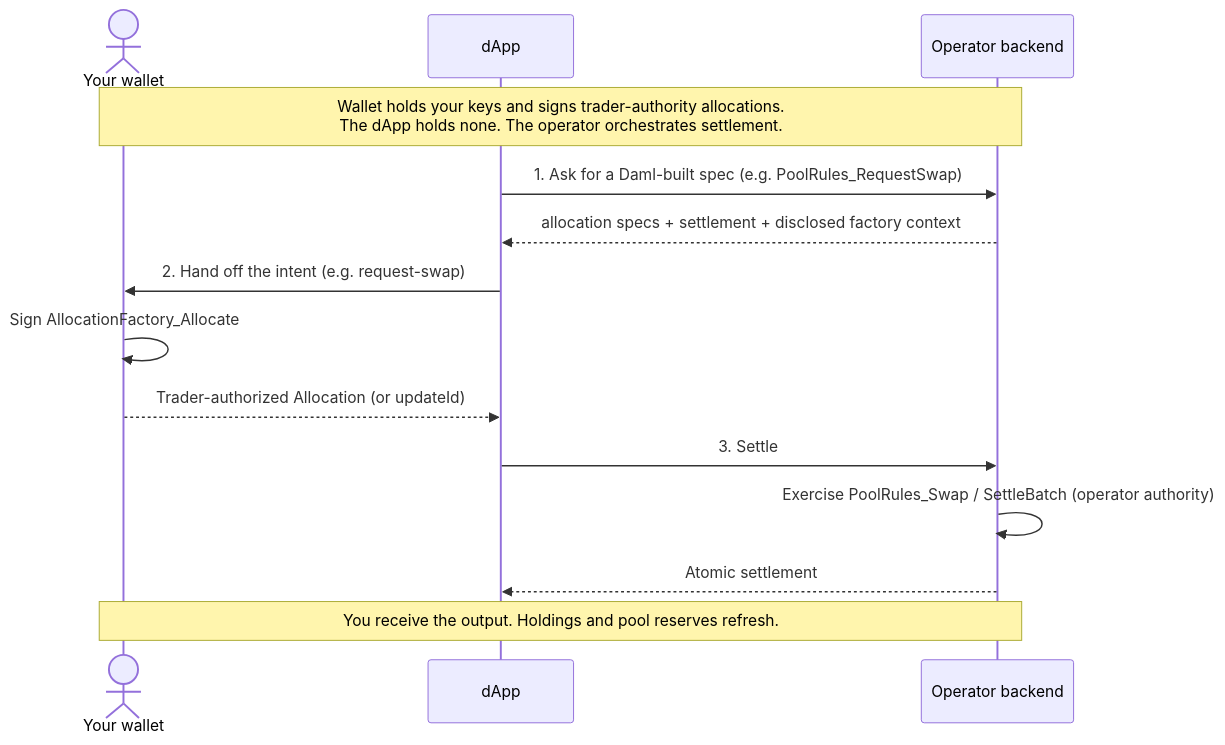
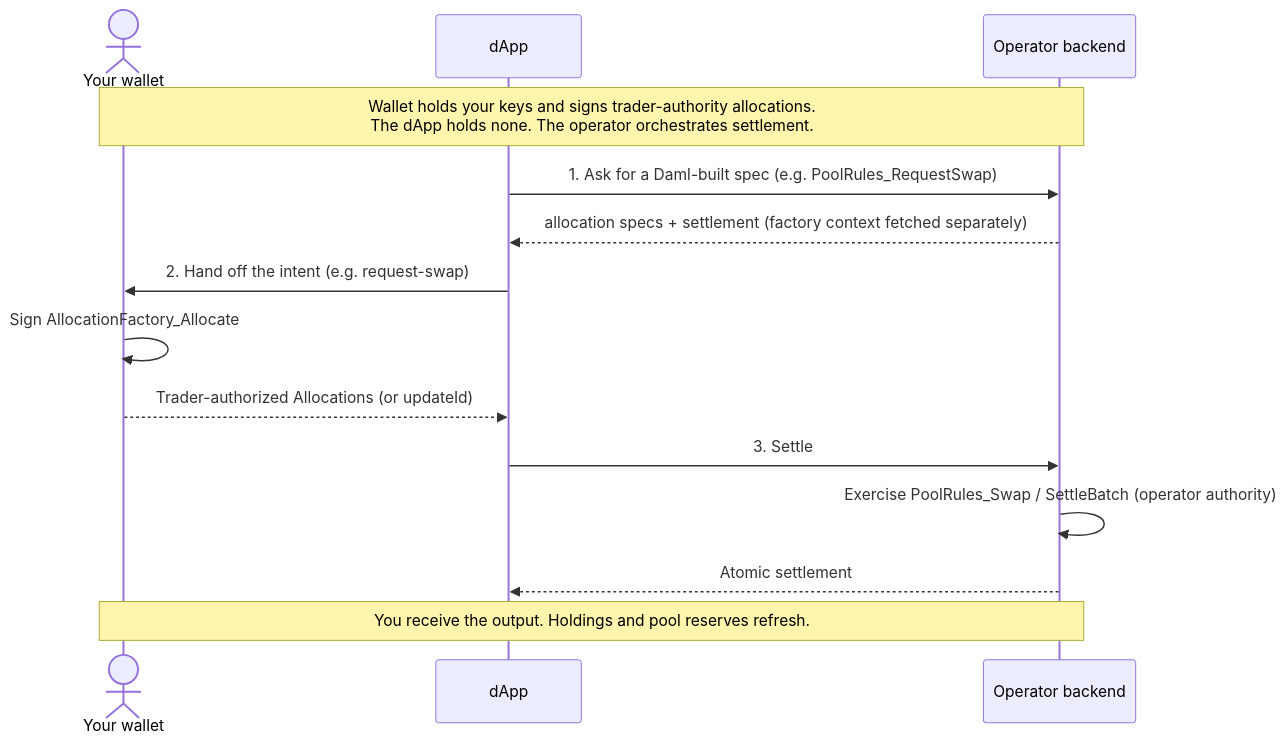
Before and after one commit to srikanth-bitdynamics/Canton-Dex-Reference-Implementation: the diagram in docs/guides/using-the-dapp.md, drawn with Mermaid. The commit also changed other lines of this file and 18 other files, not shown here.

````diff
--- a/docs/guides/using-the-dapp.md
+++ b/docs/guides/using-the-dapp.md
@@ -84,16 +84,16 @@
 ```mermaid
 sequenceDiagram
     actor W as Your wallet
     participant D as dApp
     participant O as Operator backend
     Note over W,O: Wallet holds your keys and signs trader-authority allocations.<br/>The dApp holds none. The operator orchestrates settlement.
     D->>O: 1. Ask for a Daml-built spec (e.g. PoolRules_RequestSwap)
-    O-->>D: allocation specs + settlement + disclosed factory context
+    O-->>D: allocation specs + settlement (factory context fetched separately)
     D->>W: 2. Hand off the intent (e.g. request-swap)
     W->>W: Sign AllocationFactory_Allocate
-    W-->>D: Trader-authorized Allocation (or updateId)
+    W-->>D: Trader-authorized Allocations (or updateId)
     D->>O: 3. Settle
     O->>O: Exercise PoolRules_Swap / SettleBatch (operator authority)
     O-->>D: Atomic settlement
     Note over W,O: You receive the output. Holdings and pool reserves refresh.
 ```
````
